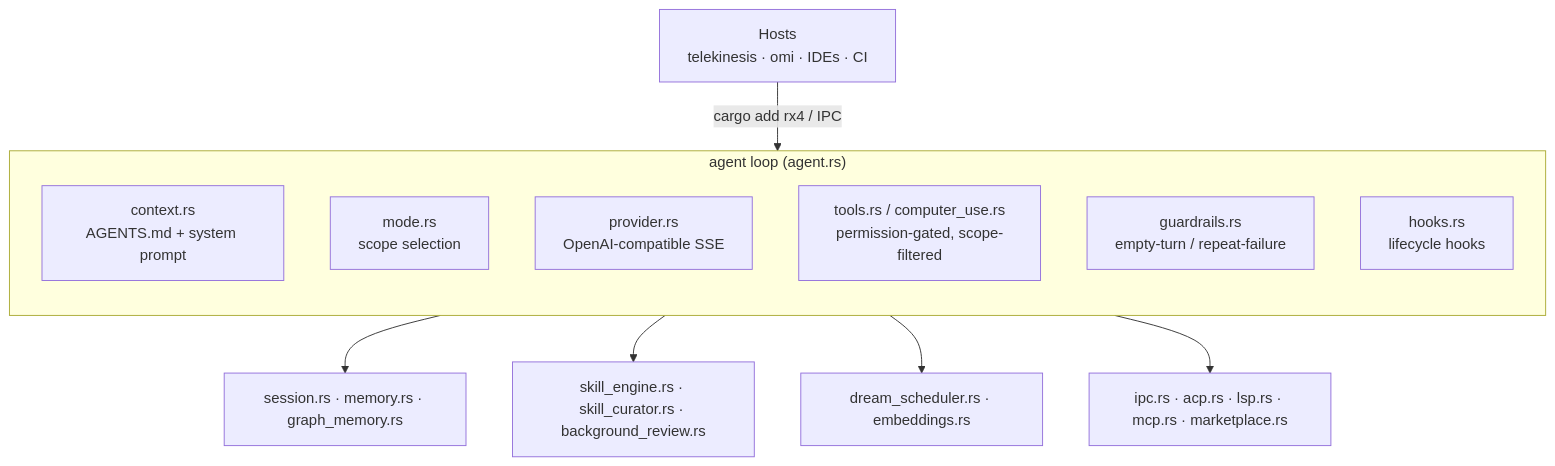
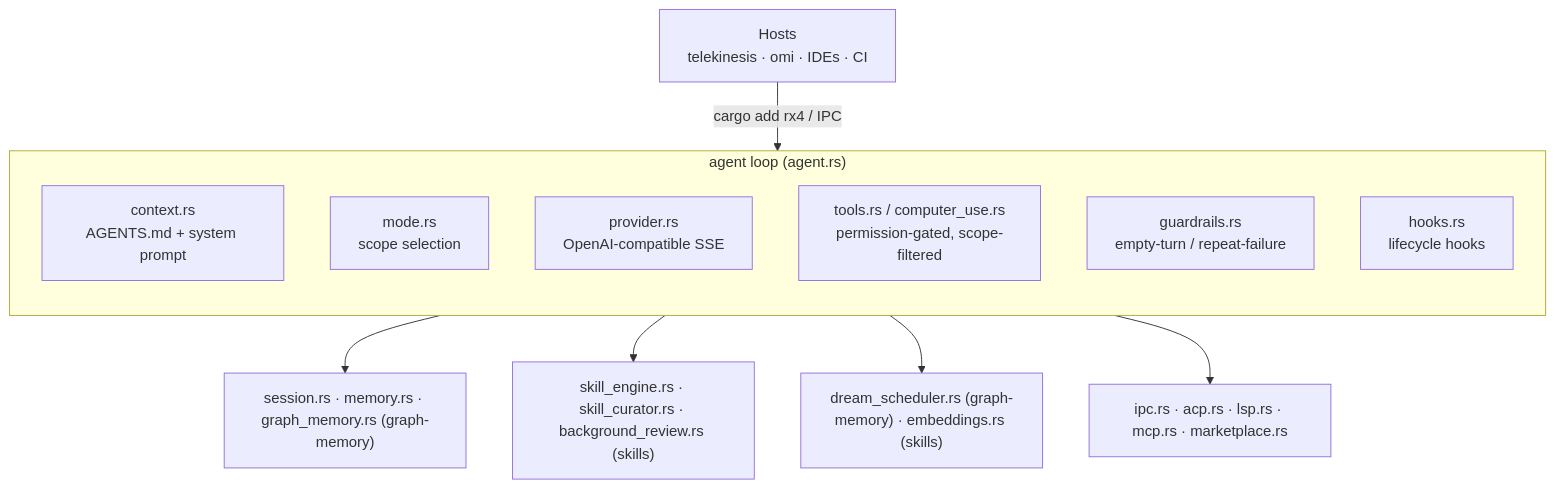
Before and after one commit to tschk/rotary: the first of 6 diagrams in AGENTS.md, drawn with Mermaid. The commit also changed other lines of this file, not shown here.

````diff
--- a/AGENTS.md
+++ b/AGENTS.md
@@ -31,20 +31,20 @@
 ```mermaid
 graph TD
   Host["Hosts<br/>telekinesis · omi · IDEs · CI"]
   Host -->|cargo add rx4 / IPC| Loop
 
   subgraph Loop["agent loop (agent.rs)"]
     direction TB
     Ctx["context.rs<br/>AGENTS.md + system prompt"]
     Mode["mode.rs<br/>scope selection"]
     Prov["provider.rs<br/>OpenAI-compatible SSE"]
     Tools["tools.rs / computer_use.rs<br/>permission-gated, scope-filtered"]
     Guard["guardrails.rs<br/>empty-turn / repeat-failure"]
     Hooks["hooks.rs<br/>lifecycle hooks"]
   end
 
-  Loop --> Persist["session.rs · memory.rs · graph_memory.rs"]
-  Loop --> Skills["skill_engine.rs · skill_curator.rs · background_review.rs"]
-  Loop --> Dream["dream_scheduler.rs · embeddings.rs"]
+  Loop --> Persist["session.rs · memory.rs · graph_memory.rs (graph-memory)"]
+  Loop --> Skills["skill_engine.rs · skill_curator.rs · background_review.rs (skills)"]
+  Loop --> Dream["dream_scheduler.rs (graph-memory) · embeddings.rs (skills)"]
   Loop --> Ctrl["ipc.rs · acp.rs · lsp.rs · mcp.rs · marketplace.rs"]
 ```
````
